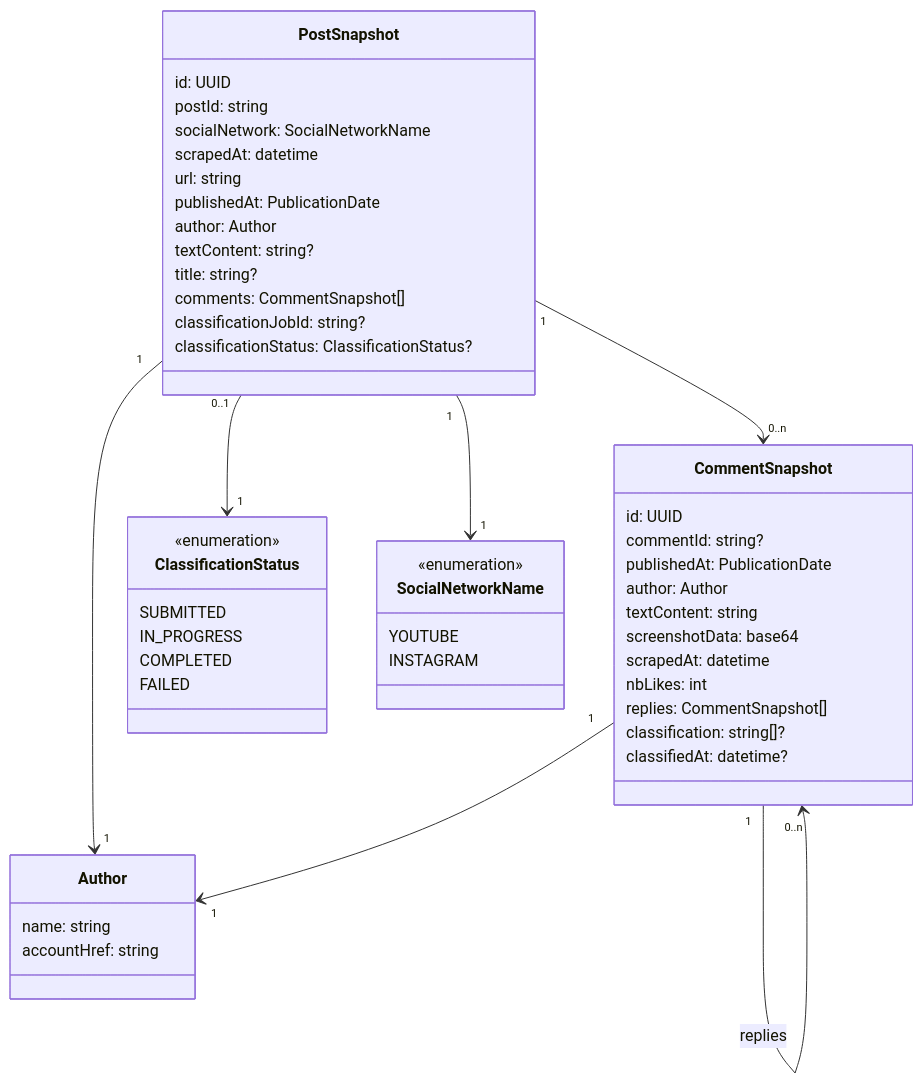
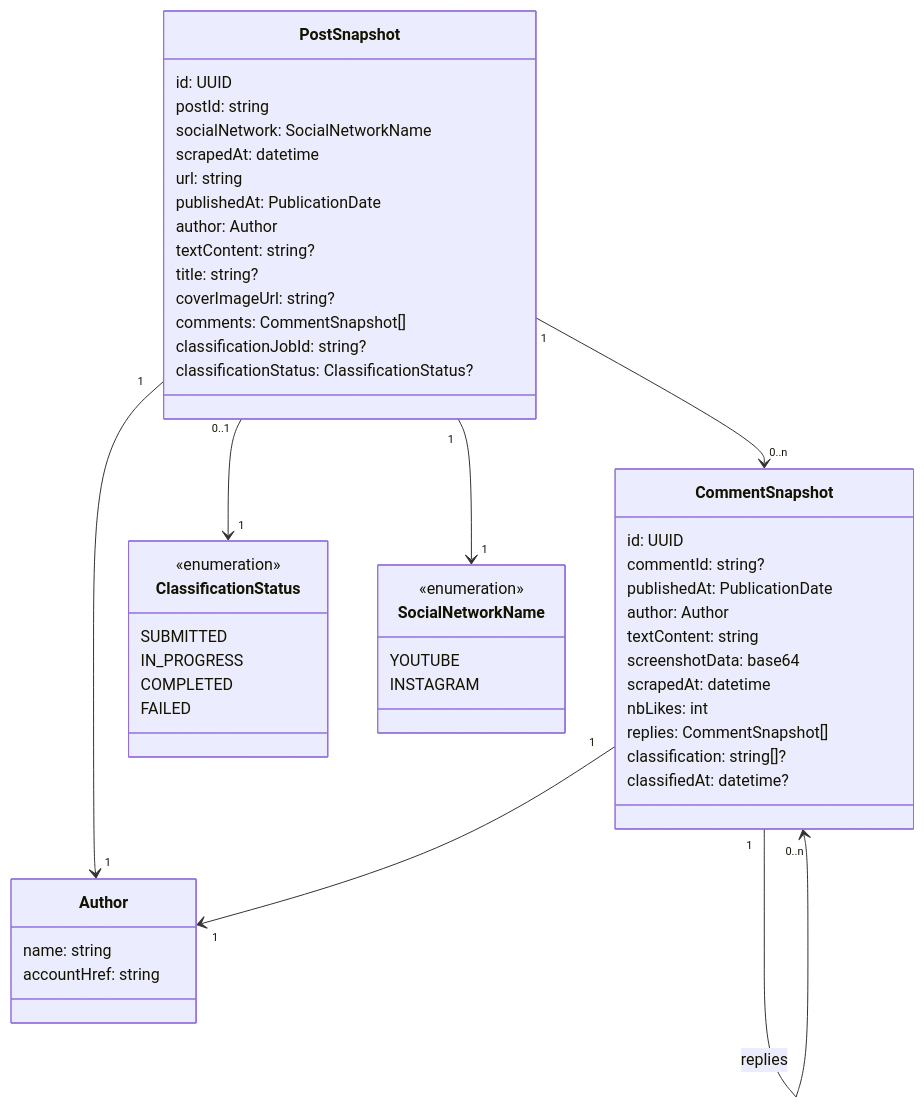
Before and after one commit to dataforgoodfr/14_BalanceTesHaters: the diagram in docs/frontend/model.md, drawn with Mermaid. The commit also changed 1 other file, not shown here.

Commit message:
feat(model): add coverImageUrl to model
Fixes: Stocker les images nécéssaires à l'affichage d'un post
Fixes #92

````diff
--- a/docs/frontend/model.md
+++ b/docs/frontend/model.md
@@ -5,67 +5,68 @@
 ```mermaid
 classDiagram
     class PostSnapshot {
         id: UUID
 
         postId: string
         socialNetwork: SocialNetworkName
         scrapedAt: datetime
 
         url: string
         publishedAt: PublicationDate
         author: Author
         textContent: string?
         title: string?
+        coverImageUrl: string?
         comments: CommentSnapshot[]
 
         classificationJobId: string?
         classificationStatus: ClassificationStatus?
     }
 
 
     class CommentSnapshot {
         id: UUID
         commentId: string?
 
         publishedAt: PublicationDate
         author: Author
 
         textContent: string
         screenshotData: base64
         scrapedAt: datetime
         nbLikes: int
         replies: CommentSnapshot[]
 
         classification: string[]?
         classifiedAt: datetime?
     }
 
 
     class Author {
         name: string
         accountHref: string
     }
 
     class ClassificationStatus {
         <<enumeration>>
         SUBMITTED
         IN_PROGRESS
         COMPLETED
         FAILED
     }
 
     class SocialNetworkName {
         <<enumeration>>
         YOUTUBE
         INSTAGRAM
     }
 
 
 
     PostSnapshot "1" --> "1" Author
     PostSnapshot "1" --> "1" SocialNetworkName
     PostSnapshot "1" --> "0..n" CommentSnapshot
     PostSnapshot "0..1" --> "1" ClassificationStatus
     CommentSnapshot "1" --> "1" Author
     CommentSnapshot "1" --> "0..n" CommentSnapshot : replies
 ```
````
